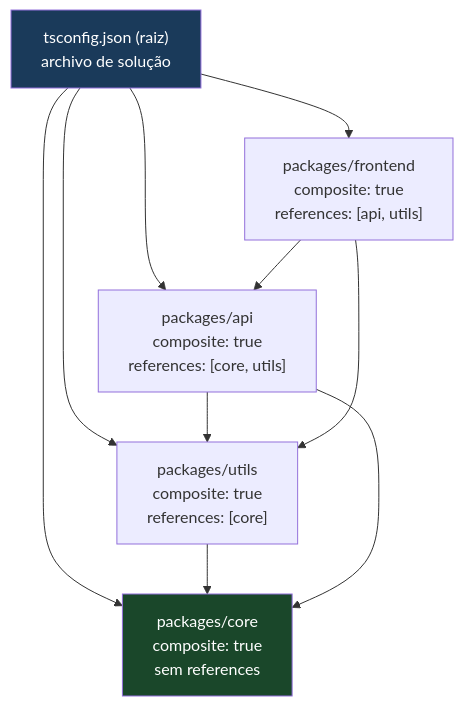
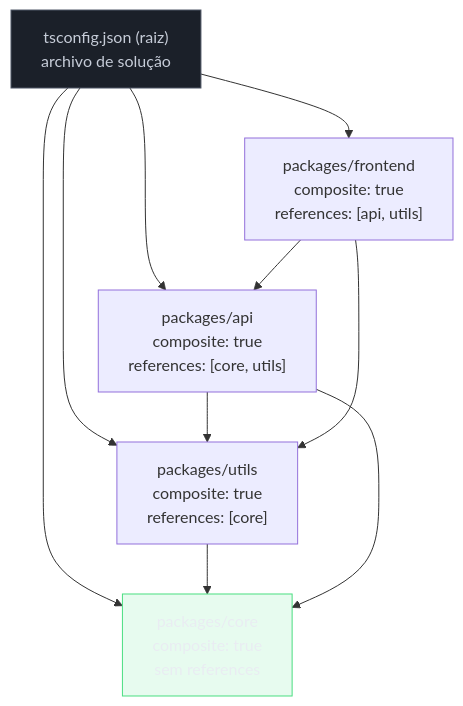
The fifth of 8 diagrams in 03-Dominios/Tecnologia/TypeScript/25 - TypeScript em escala - performance do compilador e project references.md (josenaldo/codex-technomanticus), drawn with Mermaid before and after one commit. The commit also changed other lines of this file and 1181 other files, not shown here.

First line of the commit message:
fix(diagramas): paleta do sistema no lugar de cor cravada no markdown

````diff
--- a/03-Dominios/Tecnologia/TypeScript/25 - TypeScript em escala - performance do compilador e project references.md
+++ b/03-Dominios/Tecnologia/TypeScript/25 - TypeScript em escala - performance do compilador e project references.md
@@ -319,17 +323,19 @@
 ```mermaid
 graph TD
+    classDef neutro fill:#1B2029,stroke:#4E5666,color:#C6CCD8
+    classDef ok fill:#4ADE8021,stroke:#4ADE80,color:#E9ECF2
     ROOT["tsconfig.json (raiz)\narchivo de solução"]
 
     CORE["packages/core\ncomposite: true\nsem references"]
     UTILS["packages/utils\ncomposite: true\nreferences: [core]"]
     API["packages/api\ncomposite: true\nreferences: [core, utils]"]
     FE["packages/frontend\ncomposite: true\nreferences: [api, utils]"]
 
     ROOT --> CORE & UTILS & API & FE
     UTILS --> CORE
     API --> CORE & UTILS
     FE --> API & UTILS
 
-    style ROOT fill:#1a3a5a,color:#fff
-    style CORE fill:#1a472a,color:#fff
+    class ROOT neutro
+    class CORE ok
 ```
````
